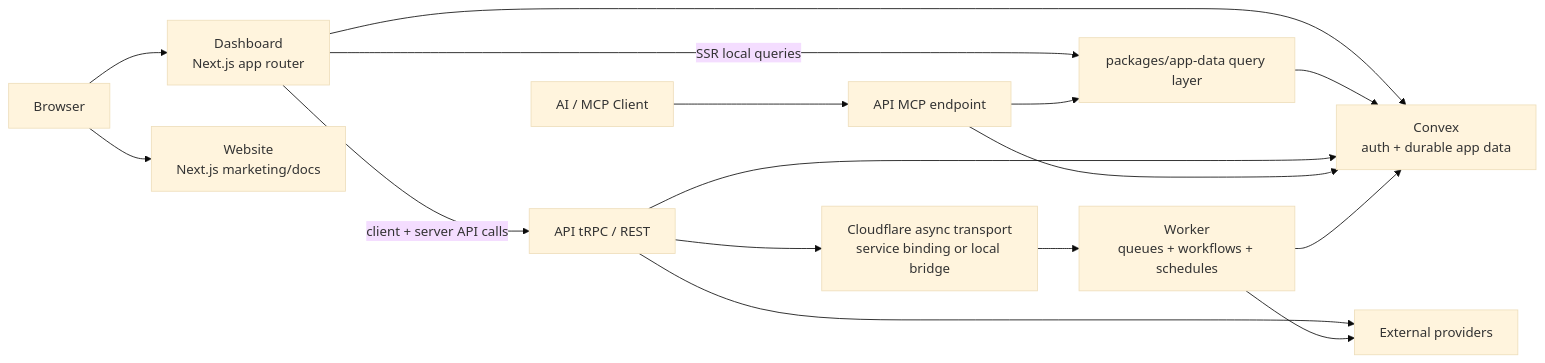
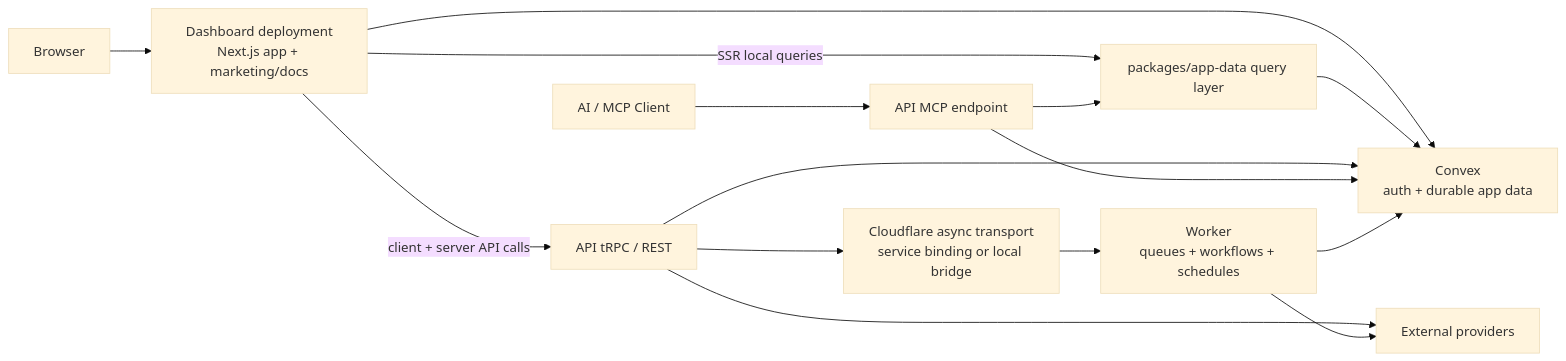
The diagram in README.md (fightingentropy/tamias), drawn with Mermaid (base theme) before and after one commit. The commit also changed other lines of this file and 868 other files, not shown here.

Commit message:
Remove Next.js and migrate dashboard to TanStack Start

````diff
--- a/README.md
+++ b/README.md
@@ -39,21 +39,20 @@
 ```mermaid
 flowchart LR
-  Browser["Browser"] --> Dashboard["Dashboard<br/>Next.js app router"]
-  Browser --> Website["Website<br/>Next.js marketing/docs"]
+  Browser["Browser"] --> Dashboard["Dashboard deployment<br/>Next.js app + marketing/docs"]
   AIClient["AI / MCP Client"] --> MCP["API MCP endpoint"]
 
   Dashboard -->|SSR local queries| QueryLayer["packages/app-data query layer"]
   Dashboard -->|client + server API calls| TRPC["API tRPC / REST"]
   Dashboard --> Convex["Convex<br/>auth + durable app data"]
 
   QueryLayer --> Convex
   TRPC --> Convex
   TRPC --> AsyncBridge["Cloudflare async transport<br/>service binding or local bridge"]
   TRPC --> Providers["External providers"]
   MCP --> Convex
   MCP --> QueryLayer
 
   AsyncBridge --> Worker["Worker<br/>queues + workflows + schedules"]
   Worker --> Convex
   Worker --> Providers
 ```
````
